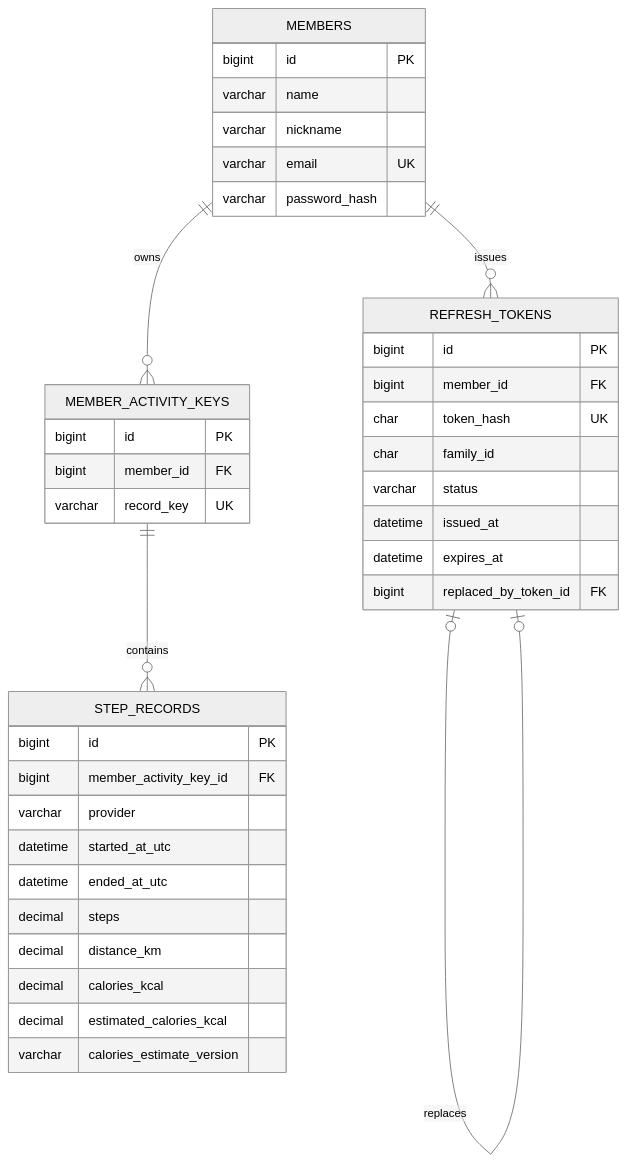
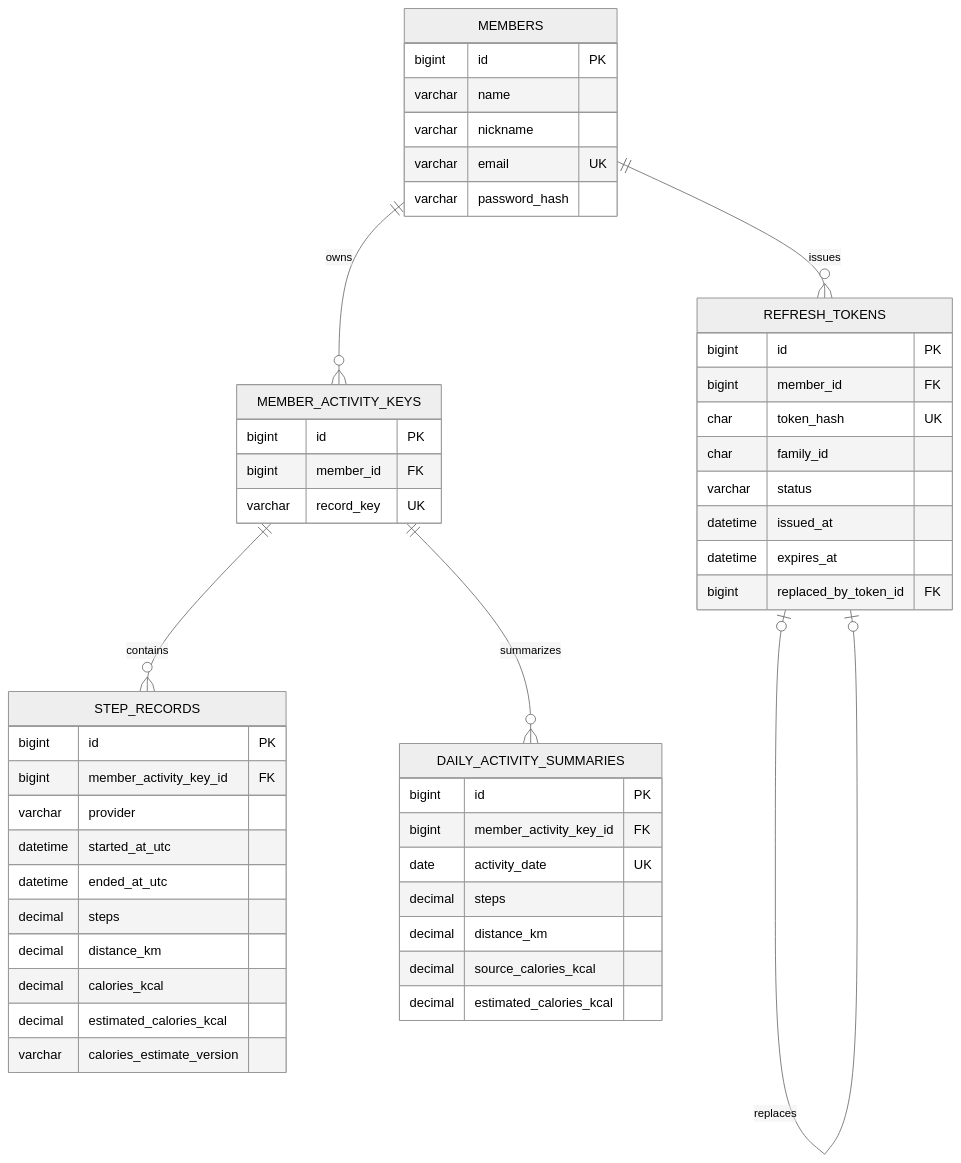
Before and after one commit to abcshc/wellness-activity-service: the diagram in docs/data-model.md, drawn with Mermaid (neutral theme). The commit also changed other lines of this file and 5 other files, not shown here.

````diff
--- a/docs/data-model.md
+++ b/docs/data-model.md
@@ -7,41 +7,51 @@
 ```mermaid
 erDiagram
     MEMBERS {
         bigint id PK
         varchar name
         varchar nickname
         varchar email UK
         varchar password_hash
     }
     REFRESH_TOKENS {
         bigint id PK
         bigint member_id FK
         char token_hash UK
         char family_id
         varchar status
         datetime issued_at
         datetime expires_at
         bigint replaced_by_token_id FK
     }
     MEMBER_ACTIVITY_KEYS {
         bigint id PK
         bigint member_id FK
         varchar record_key UK
     }
     STEP_RECORDS {
         bigint id PK
         bigint member_activity_key_id FK
         varchar provider
         datetime started_at_utc
         datetime ended_at_utc
         decimal steps
         decimal distance_km
         decimal calories_kcal
         decimal estimated_calories_kcal
         varchar calories_estimate_version
     }
+    DAILY_ACTIVITY_SUMMARIES {
+        bigint id PK
+        bigint member_activity_key_id FK
+        date activity_date UK
+        decimal steps
+        decimal distance_km
+        decimal source_calories_kcal
+        decimal estimated_calories_kcal
+    }
     MEMBERS ||--o{ REFRESH_TOKENS : issues
     REFRESH_TOKENS o|--o| REFRESH_TOKENS : replaces
     MEMBERS ||--o{ MEMBER_ACTIVITY_KEYS : owns
     MEMBER_ACTIVITY_KEYS ||--o{ STEP_RECORDS : contains
+    MEMBER_ACTIVITY_KEYS ||--o{ DAILY_ACTIVITY_SUMMARIES : summarizes
 ```
````
